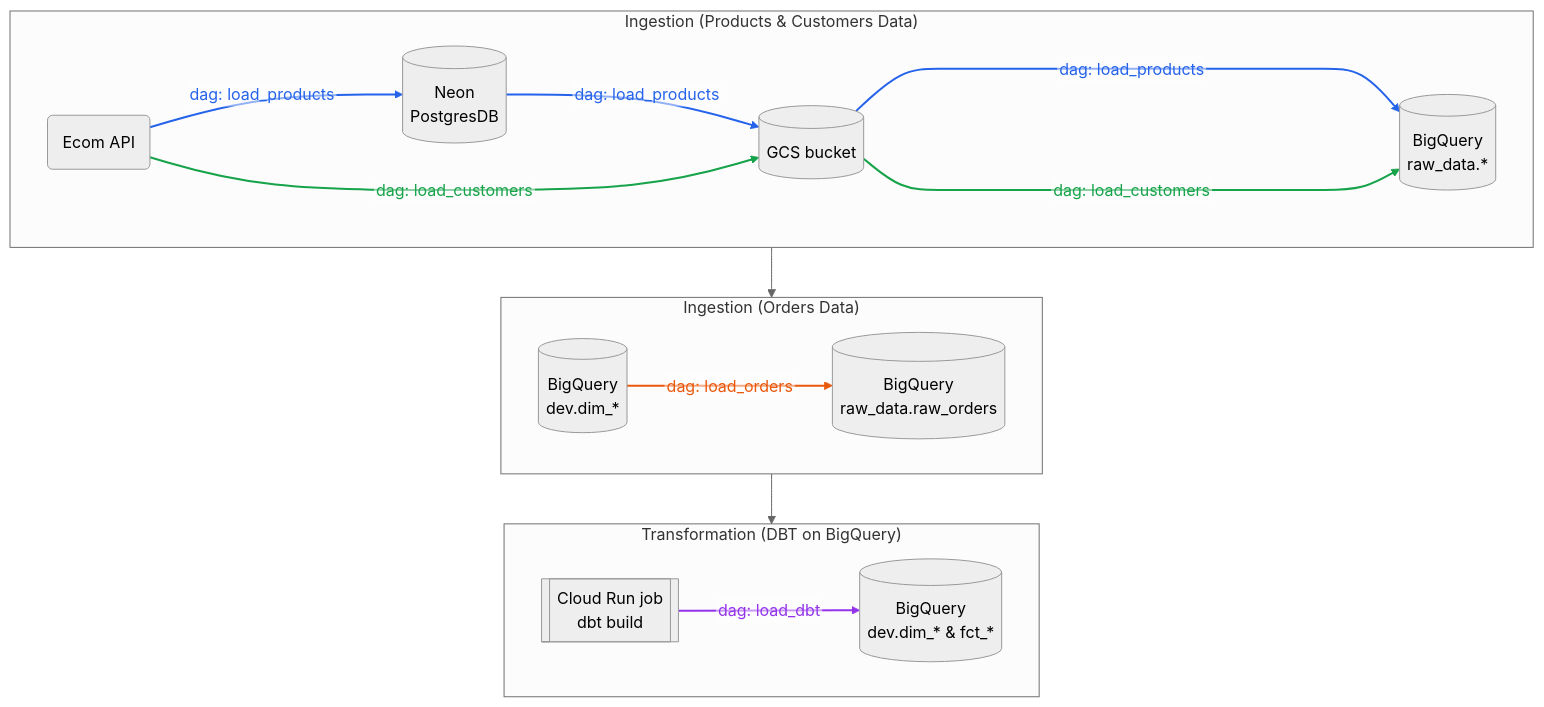
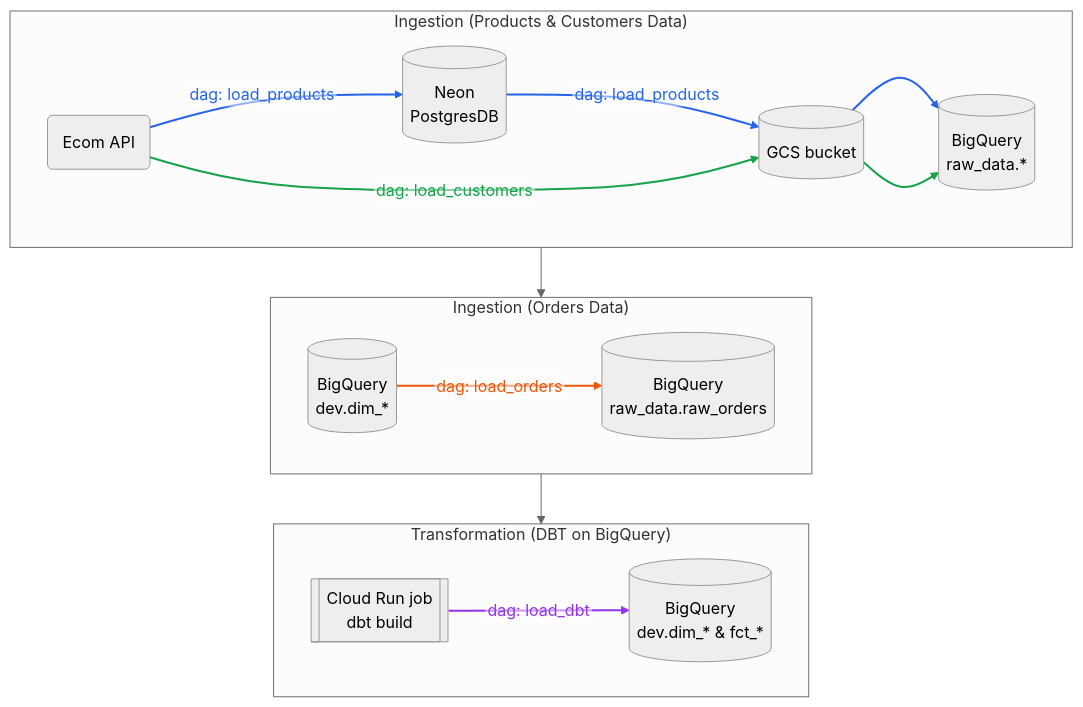
The first of 5 diagrams in airflow/README.md (candychen00/faker-ecom-project__airflow_dbt), drawn with Mermaid (neutral theme) before and after one commit.

Commit message:
Add af readme v7

````diff
--- a/airflow/README.md
+++ b/airflow/README.md
@@ -31,41 +31,41 @@
 ```mermaid
 %%{init: {"flowchart": {"htmlLabels": false}}}%%
 flowchart TB
     subgraph ROW1["Ingestion (Products & Customers Data)"]
         direction LR
         API(Ecom API)
         PG[(Neon<br>PostgresDB)]
         GCS[(GCS bucket)]
         RAW[(BigQuery<br/>raw_data.*)]
     end
 
     subgraph ROW2["Ingestion (Orders Data)"]
         direction LR
         BQ_DIM[(BigQuery<br>dev.dim_*)]
         BQ_FCT[(BigQuery<br>raw_data.raw_orders)]
     end
 
     subgraph ROW3["Transformation (DBT on BigQuery)"]
         direction LR
         DBT[[Cloud Run job<br>dbt build]]
         DEV[(BigQuery<br/>dev.dim_* & fct_*)]
     end
 
     API -- dag: load_products --> PG
     PG -- dag: load_products --> GCS
     API -- dag: load_customers --> GCS
-    GCS -- dag: load_products ------> RAW
-    GCS -- dag: load_customers ------> RAW
+    GCS --> RAW
+    GCS --> RAW
 
     BQ_DIM -- dag: load_orders --> BQ_FCT
 
     DBT -- dag: load_dbt --> DEV
 
     ROW1 --> ROW2 --> ROW3
 
     %% Edge indices follow declaration order (0-based)
     linkStyle 0,1,3 stroke:#2563eb,stroke-width:2px,color:#2563eb
     linkStyle 2,4 stroke:#16a34a,stroke-width:2px,color:#16a34a
     linkStyle 5 stroke:#ea580c,stroke-width:2px,color:#ea580c
     linkStyle 6 stroke:#9333ea,stroke-width:2px,color:#9333ea
 ```
````
